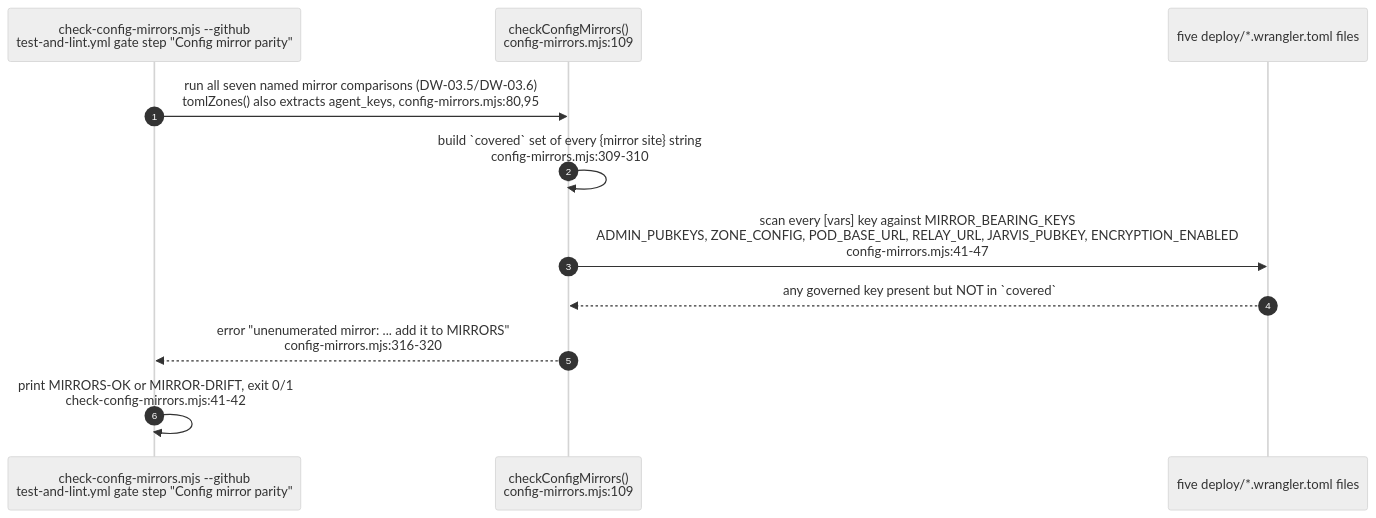
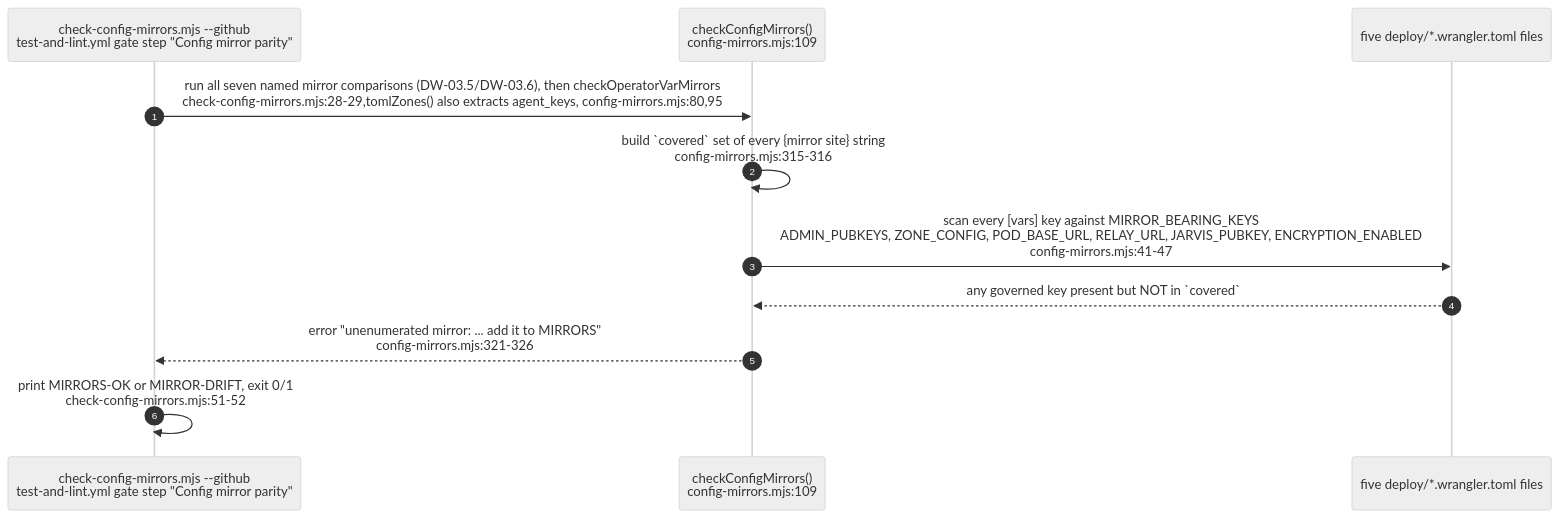
One commit to DreamLab-AI/VisionFlow changed the sixth of 10 diagrams in docs/diagrams/dreamlab-ai-website/03-forum-config-overlay-zones-admin-kv-sync.md. Above: the diagram before and after it, drawn with Mermaid (neutral theme). The commit also changed other lines of this file and 160 other files, not shown here.

````diff
--- a/docs/diagrams/dreamlab-ai-website/03-forum-config-overlay-zones-admin-kv-sync.md
+++ b/docs/diagrams/dreamlab-ai-website/03-forum-config-overlay-zones-admin-kv-sync.md
@@ -141,13 +145,13 @@
 ```mermaid
 sequenceDiagram
     autonumber
     participant CI as check-config-mirrors.mjs --github<br/>test-and-lint.yml gate step "Config mirror parity"
     participant LIB as checkConfigMirrors()<br/>config-mirrors.mjs:109
     participant W as five deploy/*.wrangler.toml files
-    CI->>LIB: run all seven named mirror comparisons (DW-03.5/DW-03.6)<br/>tomlZones() also extracts agent_keys, config-mirrors.mjs:80,95
-    LIB->>LIB: build `covered` set of every {mirror site} string<br/>config-mirrors.mjs:309-310
+    CI->>LIB: run all seven named mirror comparisons (DW-03.5/DW-03.6), then checkOperatorVarMirrors<br/>check-config-mirrors.mjs:28-29,tomlZones() also extracts agent_keys, config-mirrors.mjs:80,95
+    LIB->>LIB: build `covered` set of every {mirror site} string<br/>config-mirrors.mjs:315-316
     LIB->>W: scan every [vars] key against MIRROR_BEARING_KEYS<br/>ADMIN_PUBKEYS, ZONE_CONFIG, POD_BASE_URL, RELAY_URL, JARVIS_PUBKEY, ENCRYPTION_ENABLED<br/>config-mirrors.mjs:41-47
     W-->>LIB: any governed key present but NOT in `covered`
-    LIB-->>CI: error "unenumerated mirror: ... add it to MIRRORS"<br/>config-mirrors.mjs:316-320
-    CI->>CI: print MIRRORS-OK or MIRROR-DRIFT, exit 0/1<br/>check-config-mirrors.mjs:41-42
+    LIB-->>CI: error "unenumerated mirror: ... add it to MIRRORS"<br/>config-mirrors.mjs:321-326
+    CI->>CI: print MIRRORS-OK or MIRROR-DRIFT, exit 0/1<br/>check-config-mirrors.mjs:51-52
 ```
````
